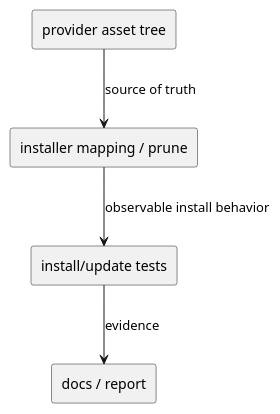
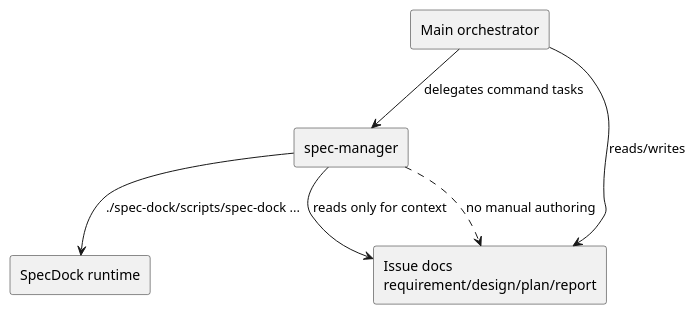
One commit to chemitaro/spec-dock changed the diagram in spec-dock/initiatives/init-local-00002-prototype-feature-expansion/epics/epic-00074-multi-host-agent-and-config-asset-expansion/issues/iss-00075-multi-host-agent-and-config-asset-install/design.md. Above: the diagram before and after it, drawn with PlantUML. The commit also changed other lines of this file and 14 other files, not shown here.

First line of the commit message:
Refactor SpecDock command operations and redefine spec-manager role

````diff
--- a/spec-dock/initiatives/init-local-00002-prototype-feature-expansion/epics/epic-00074-multi-host-agent-and-config-asset-expansion/issues/iss-00075-multi-host-agent-and-config-asset-install/design.md
+++ b/spec-dock/initiatives/init-local-00002-prototype-feature-expansion/epics/epic-00074-multi-host-agent-and-config-asset-expansion/issues/iss-00075-multi-host-agent-and-config-asset-install/design.md
@@ -111,15 +64,16 @@
 ```plantuml
 @startuml
-top to bottom direction
 skinparam monochrome true
 
-rectangle "provider asset tree" as Root
-rectangle "installer mapping / prune" as Map
-rectangle "install/update tests" as Tests
-rectangle "docs / report" as Docs
+rectangle "Main orchestrator" as Main
+rectangle "spec-manager" as Spec
+rectangle "SpecDock runtime" as Runtime
+rectangle "Issue docs\nrequirement/design/plan/report" as Docs
 
-Root --> Map : source of truth
-Map --> Tests : observable install behavior
-Tests --> Docs : evidence
+Main --> Docs : reads/writes
+Main --> Spec : delegates command tasks
+Spec --> Runtime : ./spec-dock/scripts/spec-dock ...
+Spec --> Docs : reads only for context
+Spec ..> Docs : no manual authoring
 @enduml
 ```
````
